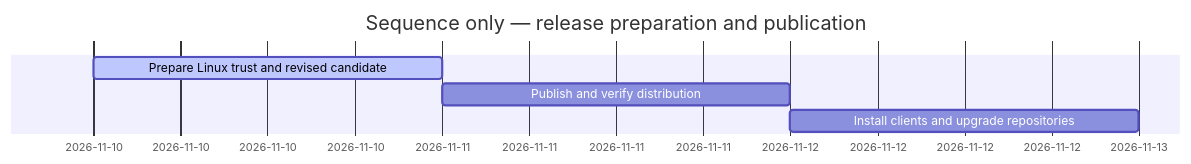
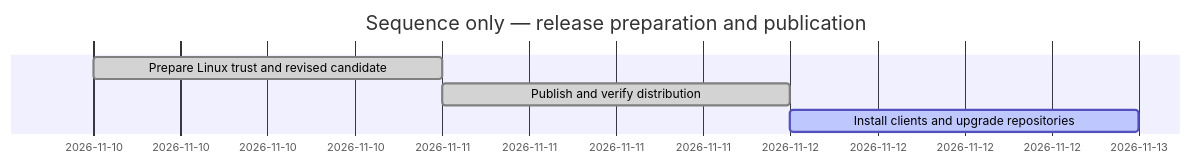
The diagram in SDP/Sessions/session-#0014--SDP_2.2.1_release.md (Hans-Einar/SDP), drawn with Mermaid before and after one commit. The commit also changed other lines of this file and 13 other files, not shown here.

````diff
--- a/SDP/Sessions/session-#0014--SDP_2.2.1_release.md
+++ b/SDP/Sessions/session-#0014--SDP_2.2.1_release.md
@@ -3,8 +3,8 @@
 ```mermaid
 gantt
     title Sequence only — release preparation and publication
     dateFormat YYYY-MM-DD
-    Prepare Linux trust and revised candidate :active, a, 2026-11-10, 1d
-    Publish and verify distribution :b, after a, 1d
-    Install clients and upgrade repositories :c, after b, 1d
+    Prepare Linux trust and revised candidate :done, a, 2026-11-10, 1d
+    Publish and verify distribution :done, b, after a, 1d
+    Install clients and upgrade repositories :active, c, after b, 1d
 ```
````
